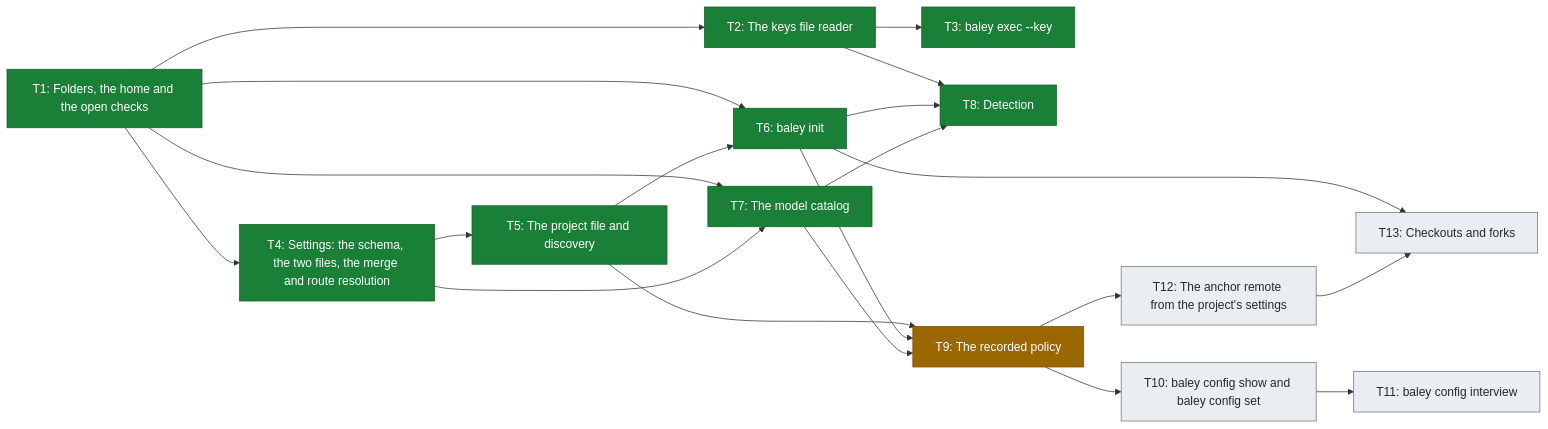
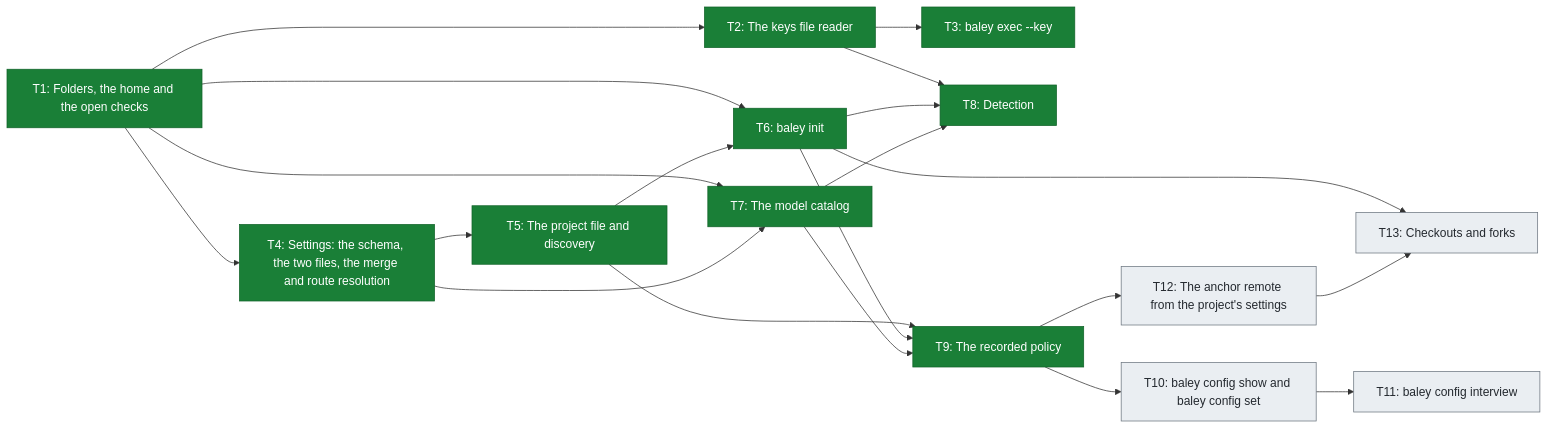
One commit to crenshawdev/baley changed the third of 3 diagrams in docs/roadmap.md. Above: the diagram before and after it, drawn with Mermaid. The commit also changed other lines of this file, not shown here.

Commit message:
docs(roadmap): mark build 2 t9 merged
T9's pull request is #167, so its row links it and reads merged, which
merging that pull request makes true. Figure 3 moves T9 to done and the
status line counts T1 to T9.

````diff
--- a/docs/roadmap.md
+++ b/docs/roadmap.md
@@ -100,43 +100,41 @@
 ```mermaid
 flowchart LR
     T1["T1: Folders, the home and the open checks"]
     T2["T2: The keys file reader"]
     T3["T3: baley exec --key"]
     T4["T4: Settings: the schema, the two files, the merge and route resolution"]
     T5["T5: The project file and discovery"]
     T6["T6: baley init"]
     T7["T7: The model catalog"]
     T8["T8: Detection"]
     T9["T9: The recorded policy"]
     T10["T10: baley config show and baley config set"]
     T11["T11: baley config interview"]
     T12["T12: The anchor remote from the project's settings"]
     T13["T13: Checkouts and forks"]
 
     T1 --> T2
     T1 --> T4
     T1 --> T6
     T1 --> T7
     T2 --> T3
     T2 --> T8
     T4 --> T5
     T4 --> T7
     T5 --> T6
     T5 --> T9
     T6 --> T8
     T6 --> T9
     T6 --> T13
     T7 --> T8
     T7 --> T9
     T9 --> T10
     T9 --> T12
     T10 --> T11
     T12 --> T13
 
     classDef done fill:#1a7f37,stroke:#116329,color:#ffffff
     classDef planned fill:#eaeef2,stroke:#6e7781,color:#24292f
-    classDef progress fill:#9a6700,stroke:#7d4e00,color:#ffffff
-    class T1,T2,T3,T4,T5,T6,T7,T8 done
-    class T9 progress
+    class T1,T2,T3,T4,T5,T6,T7,T8,T9 done
     class T10,T11,T12,T13 planned
 ```
````
